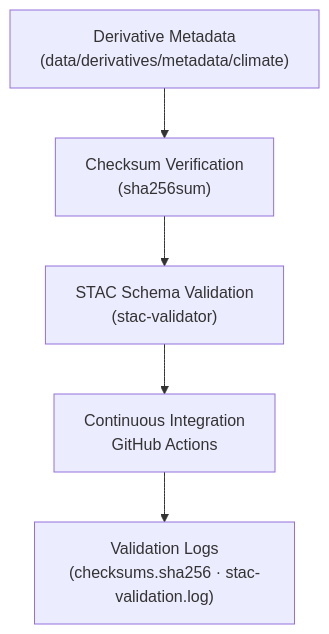
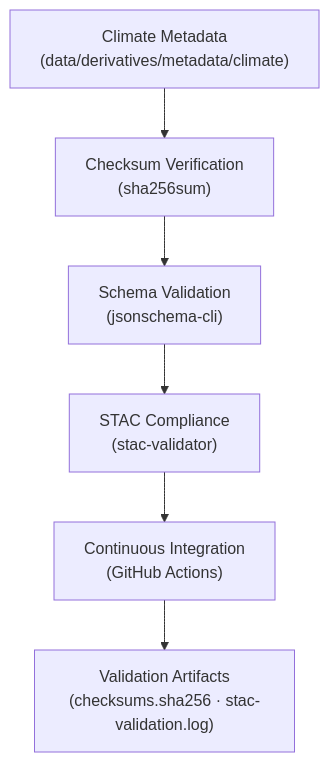
The diagram in data/derivatives/metadata/climate/validation/README.md (bartytime4life/Kansas-Frontier-Matrix), drawn with Mermaid before and after one commit. The commit also changed other lines of this file, not shown here.

First line of the commit message:
Revise README.md for climate validation clarity

````diff
--- a/data/derivatives/metadata/climate/validation/README.md
+++ b/data/derivatives/metadata/climate/validation/README.md
@@ -53,8 +58,9 @@
 ```mermaid
 flowchart TD
-    A["Derivative Metadata<br/>(data/derivatives/metadata/climate)"]
-        --> B["Checksum Verification<br/>(sha256sum)"]
-    B --> C["STAC Schema Validation<br/>(stac-validator)"]
-    C --> D["Continuous Integration<br/>GitHub Actions"]
-    D --> E["Validation Logs<br/>(checksums.sha256 · stac-validation.log)"]
+  A["Climate Metadata<br/>(data/derivatives/metadata/climate)"]
+    --> B["Checksum Verification<br/>(sha256sum)"]
+  B --> C["Schema Validation<br/>(jsonschema-cli)"]
+  C --> D["STAC Compliance<br/>(stac-validator)"]
+  D --> E["Continuous Integration<br/>(GitHub Actions)"]
+  E --> F["Validation Artifacts<br/>(checksums.sha256 · stac-validation.log)"]
 ```
````
